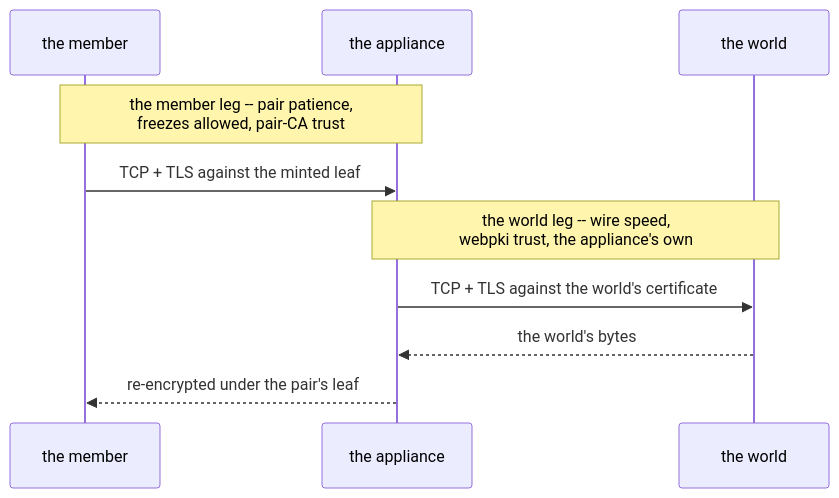
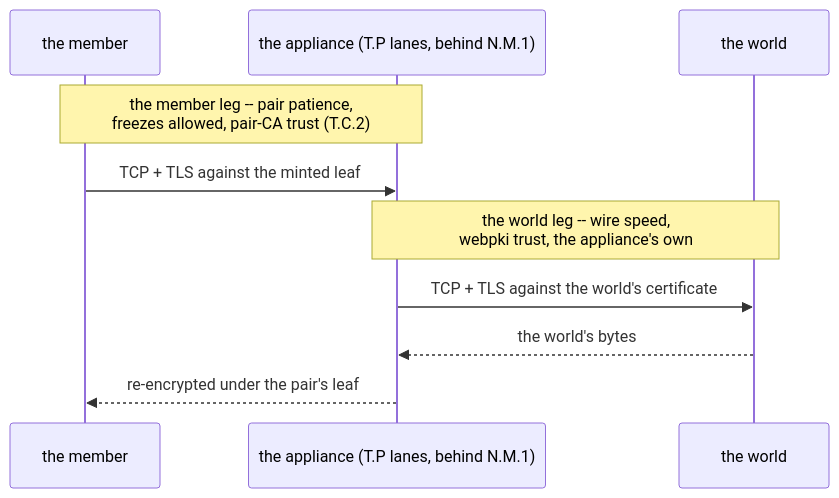
One commit to omne-earth/cella changed the second of 14 diagrams in docs/TLS-TERMINATOR.md. Above: the diagram before and after it, drawn with Mermaid. The commit also changed other lines of this file and 9 other files, not shown here.

````diff
--- a/docs/TLS-TERMINATOR.md
+++ b/docs/TLS-TERMINATOR.md
@@ -77,12 +78,12 @@
 ```mermaid
 sequenceDiagram
     participant M as the member
-    participant A as the appliance
+    participant A as the appliance (T.P lanes, behind N.M.1)
     participant W as the world
-    Note over M,A: the member leg -- pair patience,<br/>freezes allowed, pair-CA trust
+    Note over M,A: the member leg -- pair patience,<br/>freezes allowed, pair-CA trust (T.C.2)
     M->>A: TCP + TLS against the minted leaf
     Note over A,W: the world leg -- wire speed,<br/>webpki trust, the appliance's own
     A->>W: TCP + TLS against the world's certificate
     W-->>A: the world's bytes
     A-->>M: re-encrypted under the pair's leaf
 ```
````
